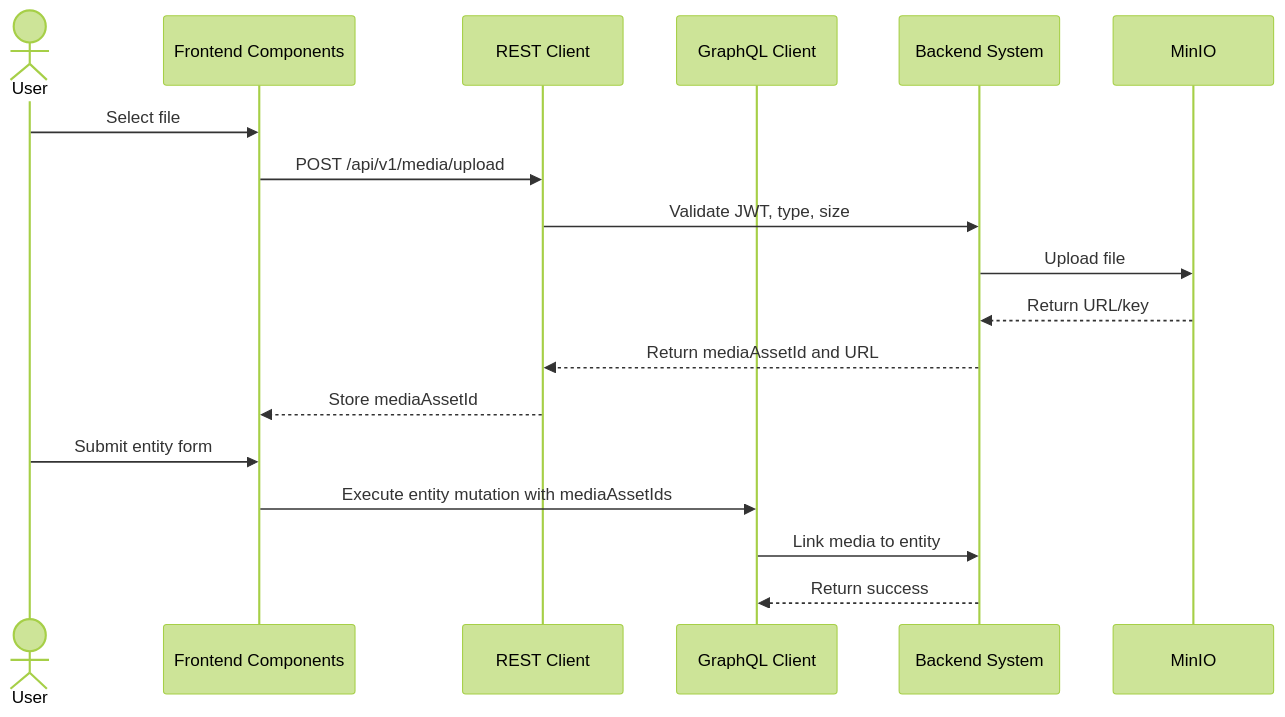
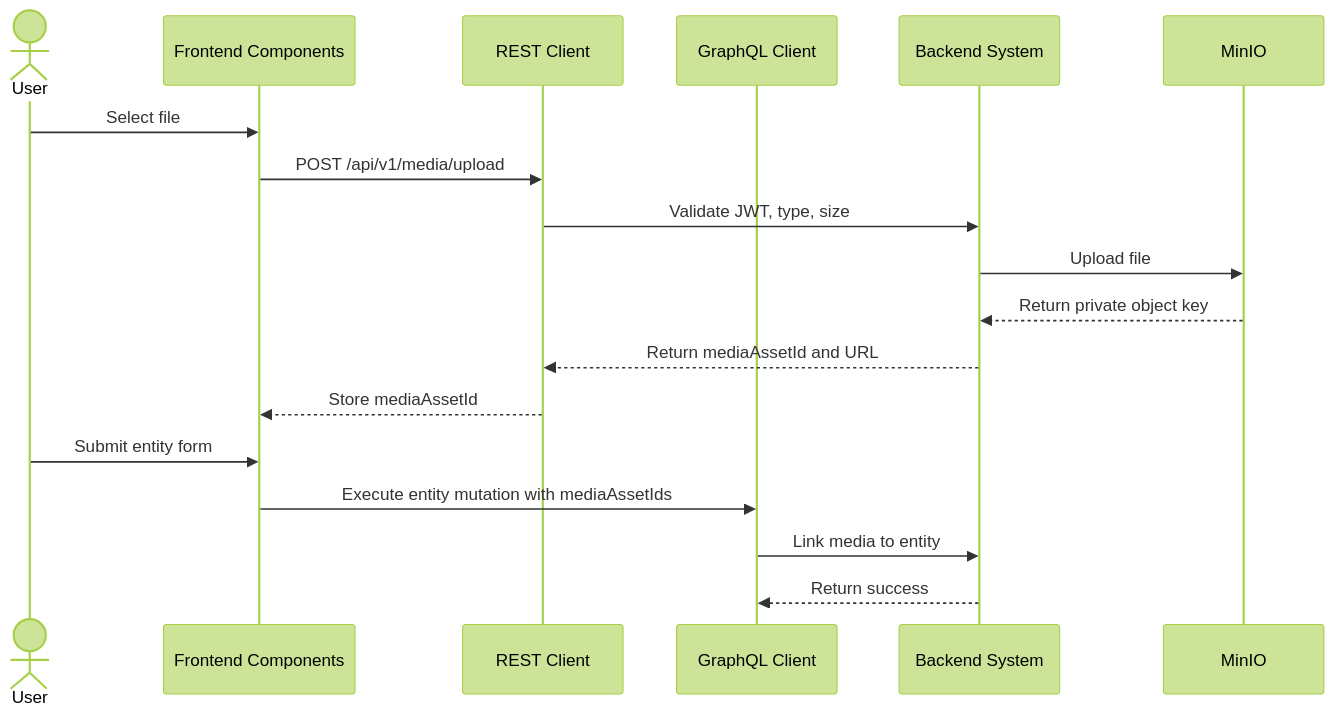
One commit to iftikharfadjar/docs-kindergarten-mgt changed the diagram in docs/workflow/media-upload-and-minio(low).md. Above: the diagram before and after it, drawn with Mermaid (forest theme). The commit also changed other lines of this file and 34 other files, not shown here.

````diff
--- a/docs/workflow/media-upload-and-minio(low).md
+++ b/docs/workflow/media-upload-and-minio(low).md
@@ -147,22 +147,22 @@
 ```mermaid
 sequenceDiagram
     actor User
     participant UI as Frontend Components
     participant REST as REST Client
     participant GQL as GraphQL Client
     participant API as Backend System
     participant MinIO as MinIO
 
     User->>UI: Select file
     UI->>REST: POST /api/v1/media/upload
     REST->>API: Validate JWT, type, size
     API->>MinIO: Upload file
-    MinIO-->>API: Return URL/key
+    MinIO-->>API: Return private object key
     API-->>REST: Return mediaAssetId and URL
     REST-->>UI: Store mediaAssetId
 
     User->>UI: Submit entity form
     UI->>GQL: Execute entity mutation with mediaAssetIds
     GQL->>API: Link media to entity
     API-->>GQL: Return success
 ```
````
